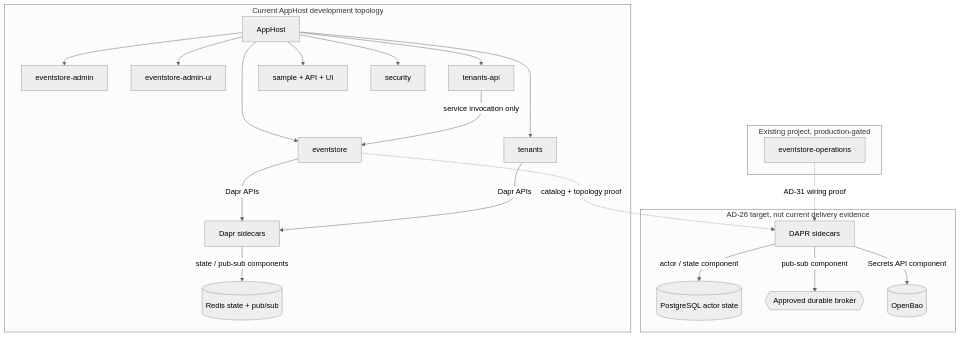
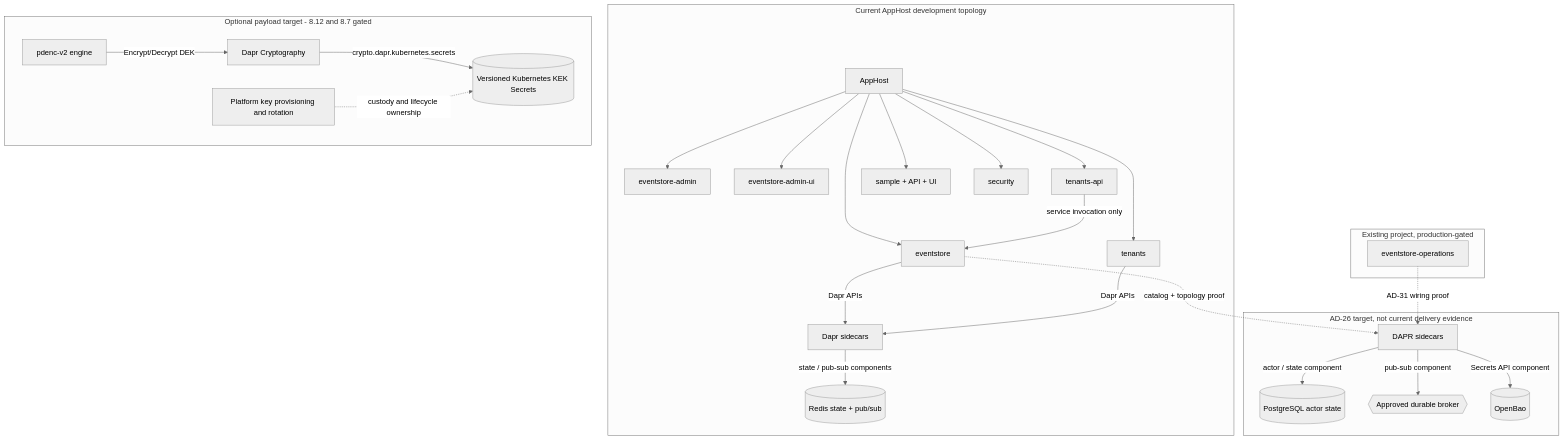
One commit to Hexalith/Hexalith.EventStore changed the second of 2 diagrams in _bmad-output/planning-artifacts/architecture.md. Above: the diagram before and after it, drawn with Mermaid (neutral theme). The commit also changed other lines of this file and 7 other files, not shown here.

First line of the commit message:
docs(story-8.7): apply the approved Dapr Kubernetes cryptography course correction

````diff
--- a/_bmad-output/planning-artifacts/architecture.md
+++ b/_bmad-output/planning-artifacts/architecture.md
@@ -489,40 +492,49 @@
 ```mermaid
 flowchart TB
     subgraph Current[Current AppHost development topology]
         AppHost[AppHost]
         ES[eventstore]
         Admin[eventstore-admin]
         UI[eventstore-admin-ui]
         Tenants[tenants]
         TenantsApi[tenants-api]
         Sample[sample + API + UI]
         Security[security]
         Redis[(Redis state + pub/sub)]
         AppHost --> ES
         AppHost --> Admin
         AppHost --> UI
         AppHost --> Tenants
         AppHost --> TenantsApi
         AppHost --> Sample
         AppHost --> Security
         DevSidecars[Dapr sidecars]
         ES -->|Dapr APIs| DevSidecars
         Tenants -->|Dapr APIs| DevSidecars
         DevSidecars -->|state / pub-sub components| Redis
         TenantsApi -->|service invocation only| ES
     end
     subgraph ExistingNotWired[Existing project, production-gated]
         Operations[eventstore-operations]
     end
     subgraph ProductionTarget[AD-26 target, not current delivery evidence]
         Sidecars[DAPR sidecars]
         PostgreSQL[(PostgreSQL actor state)]
         Broker{{Approved durable broker}}
         OpenBao[(OpenBao)]
         Sidecars -->|actor / state component| PostgreSQL
         Sidecars -->|pub-sub component| Broker
         Sidecars -->|Secrets API component| OpenBao
     end
+    subgraph PayloadTarget[Optional payload target - 8.12 and 8.7 gated]
+        PayloadEngine[pdenc-v2 engine]
+        CryptoSidecar[Dapr Cryptography]
+        PayloadKeys[(Versioned Kubernetes KEK Secrets)]
+        PlatformKeys[Platform key provisioning and rotation]
+        PayloadEngine -->|Encrypt/Decrypt DEK| CryptoSidecar
+        CryptoSidecar -->|crypto.dapr.kubernetes.secrets| PayloadKeys
+        PlatformKeys -. custody and lifecycle ownership .-> PayloadKeys
+    end
     ES -. catalog + topology proof .-> Sidecars
     Operations -. AD-31 wiring proof .-> Sidecars
 ```
````
